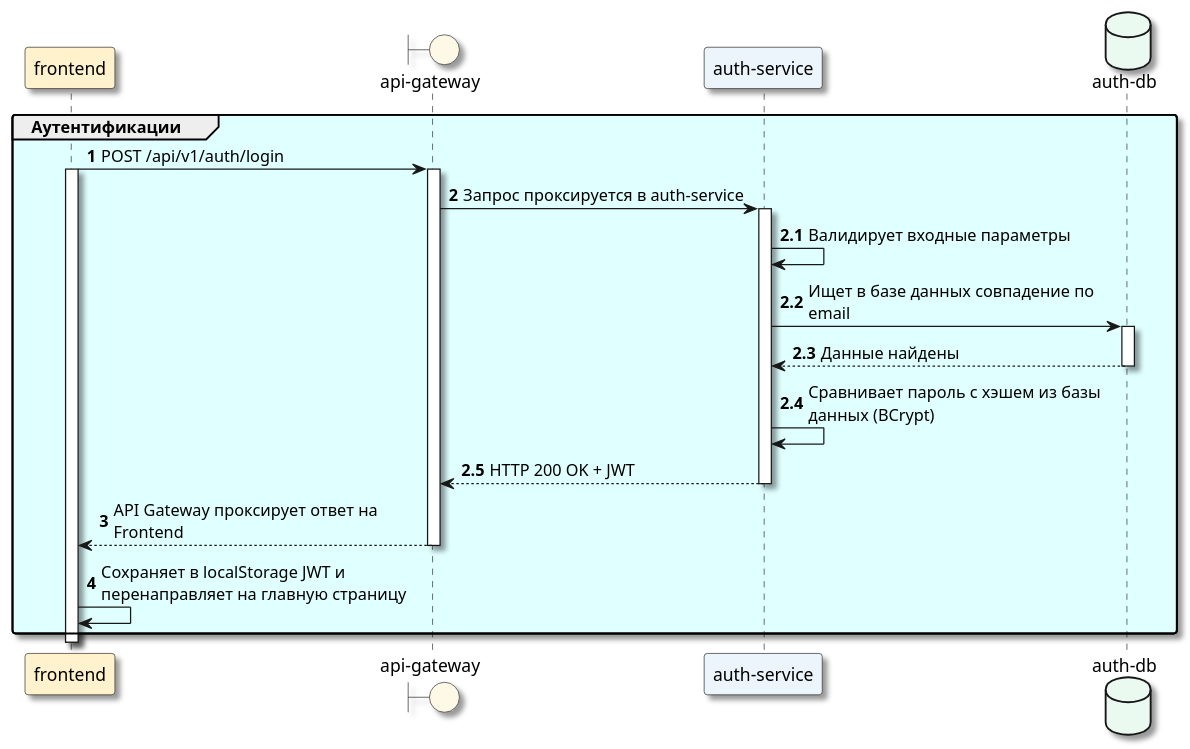
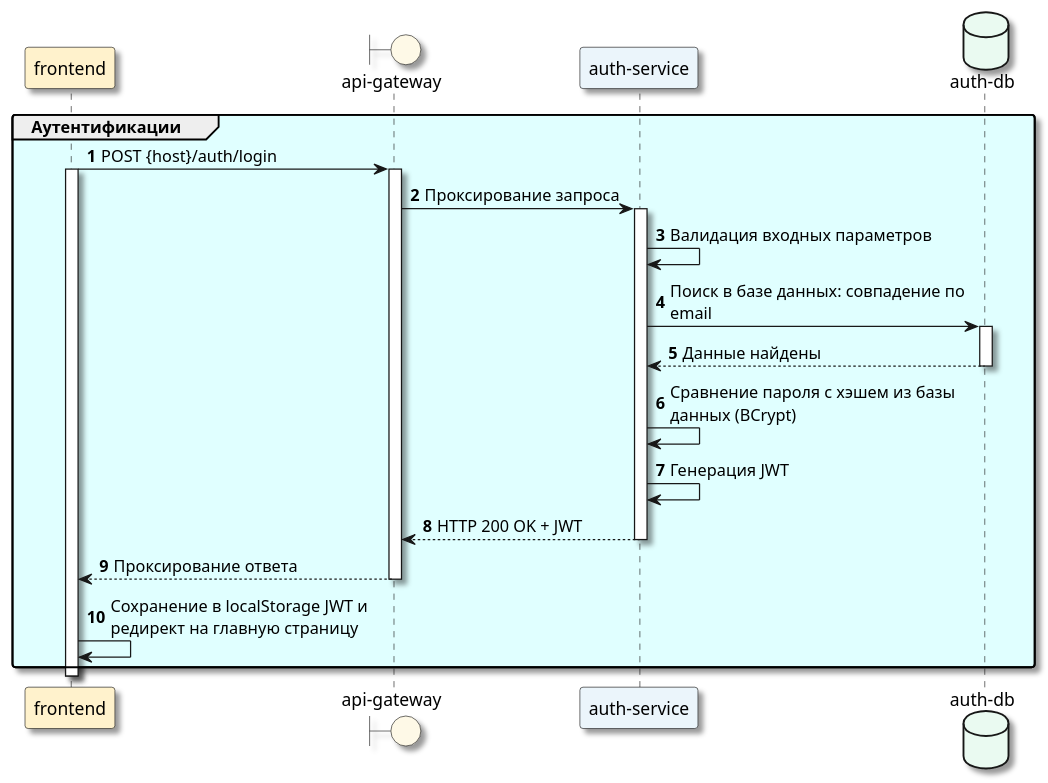
The diagram in Docs/As is/Diagrams/Auth.puml (ni1a207/Healthcare-System), drawn with PlantUML before and after one commit. The commit also changed 37 other files, not shown here.

```diff
--- a/Docs/As is/Diagrams/Auth.puml
+++ b/Docs/As is/Diagrams/Auth.puml
@@ -1,45 +1,31 @@
 @startuml
 skinparam Shadowing true
 skinparam RoundCorner 5
 skinparam MaxMessageSize 250
-
-' Настройка участников
 participant "frontend" as FE #FFF2CC
 boundary "api-gateway" as GW #FEF9E7
 participant "auth-service" as Auth #EBF5FB
 database "auth-db" as DB #EAFAF1
-
 autonumber "<b>0</b>"
-
 group #LightCyan Аутентификации
-    ' Активация начинается в момент инициации запроса
-    FE -> GW: POST /api/v1/auth/login
+    FE -> GW: POST {host}/auth/login
     activate FE #White
     activate GW
-
-    GW -> Auth: Запрос проксируется в auth-service
+    GW -> Auth: Проксирование запроса
     activate Auth
-
-    autonumber 2.1 "<b>0.0</b>"
-
-    Auth -> Auth: Валидирует входные параметры
-    Auth -> DB: Ищет в базе данных совпадение по email
+    Auth -> Auth: Валидация входных параметров
+    Auth -> DB: Поиск в базе данных: совпадение по email
     activate DB
     DB --> Auth: Данные найдены
     deactivate DB
-
-    Auth -> Auth: Сравнивает пароль с хэшем из базы данных (BCrypt)
+    Auth -> Auth: Сравнение пароля с хэшем из базы данных (BCrypt)
+Auth -> Auth: Генерация JWT
     Auth --> GW: HTTP 200 OK + JWT
     deactivate Auth
-
-    autonumber 3 "<b>0</b>"
-    GW --> FE: API Gateway проксирует ответ на Frontend
+    GW --> FE: Проксирование ответа
     deactivate GW
-
-    ' Пункт 3: Внутренняя логика фронтенда
-    FE -> FE: Сохраняет в localStorage JWT и перенаправляет на главную страницу
-    ' Только здесь процесс ожидания/обработки завершен
+    FE -> FE: Сохранение в localStorage JWT и редирект на главную страницу
     end
     deactivate FE
 
 @enduml
```
